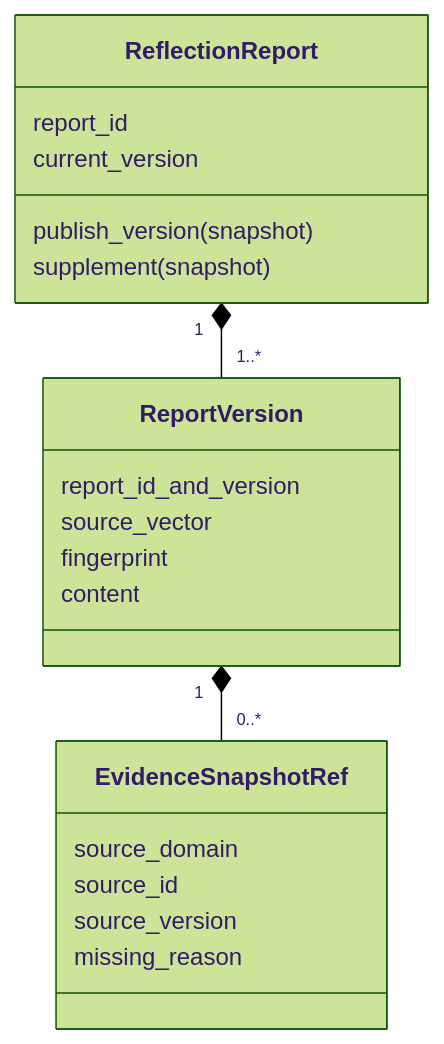
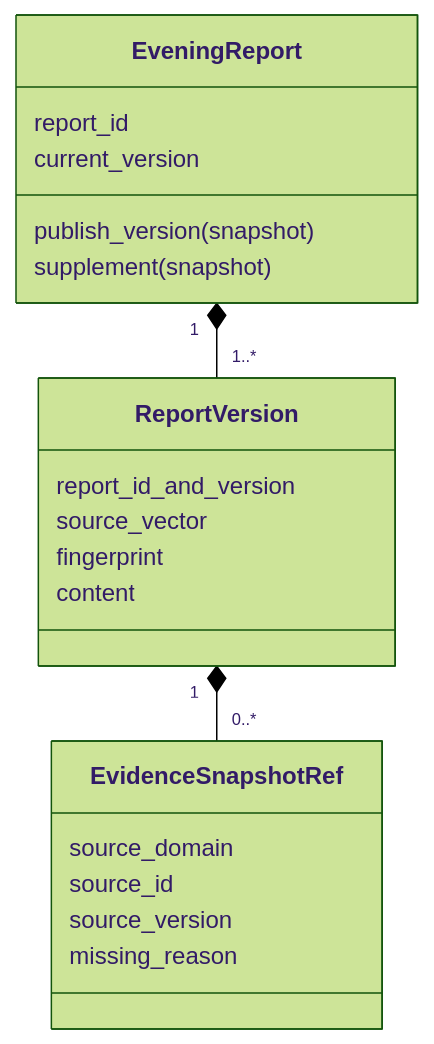
The first of 3 diagrams in docs/technical/domain-evaluation.md (johanchow/duxue), drawn with Mermaid (forest theme) before and after one commit. The commit also changed other lines of this file and 12 other files, not shown here.

````diff
--- a/docs/technical/domain-evaluation.md
+++ b/docs/technical/domain-evaluation.md
@@ -240,23 +18,23 @@
 ```mermaid
 classDiagram
-    class ReflectionReport {
+    class EveningReport {
       report_id
       current_version
       publish_version(snapshot)
       supplement(snapshot)
     }
     class ReportVersion {
       report_id_and_version
       source_vector
       fingerprint
       content
     }
     class EvidenceSnapshotRef {
       source_domain
       source_id
       source_version
       missing_reason
     }
-    ReflectionReport "1" *-- "1..*" ReportVersion
+    EveningReport "1" *-- "1..*" ReportVersion
     ReportVersion "1" *-- "0..*" EvidenceSnapshotRef
 ```
````
